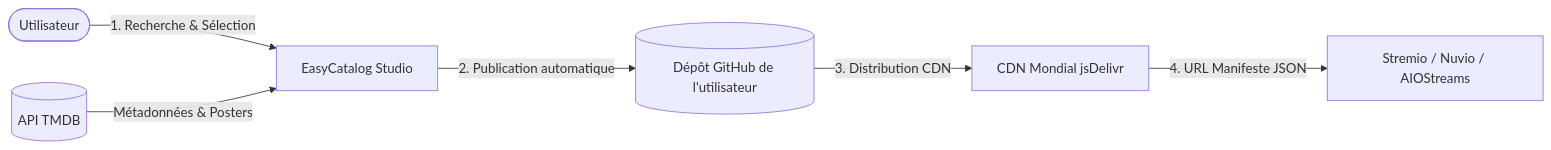
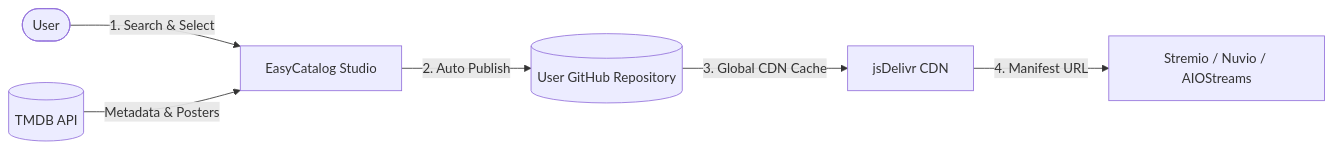
The diagram in README.md (Wayku-io/EasyCatalog), drawn with Mermaid before and after one commit. The commit also changed other lines of this file and 7 other files, not shown here.

Commit message:
feat: add repository selector and creation for custom catalog storage

````diff
--- a/README.md
+++ b/README.md
@@ -56,8 +60,8 @@
 ```mermaid
 graph LR
-    User([Utilisateur]) -->|1. Recherche & Sélection| App[EasyCatalog Studio]
-    TMDB[(API TMDB)] -->|Métadonnées & Posters| App
-    App -->|2. Publication automatique| GitHub[(Dépôt GitHub de l'utilisateur)]
-    GitHub -->|3. Distribution CDN| jsDelivr[CDN Mondial jsDelivr]
-    jsDelivr -->|4. URL Manifeste JSON| Stremio[Stremio / Nuvio / AIOStreams]
+    User([User]) -->|1. Search & Select| App[EasyCatalog Studio]
+    TMDB[(TMDB API)] -->|Metadata & Posters| App
+    App -->|2. Auto Publish| GitHub[(User GitHub Repository)]
+    GitHub -->|3. Global CDN Cache| jsDelivr[jsDelivr CDN]
+    jsDelivr -->|4. Manifest URL| Stremio[Stremio / Nuvio / AIOStreams]
 ```
````
